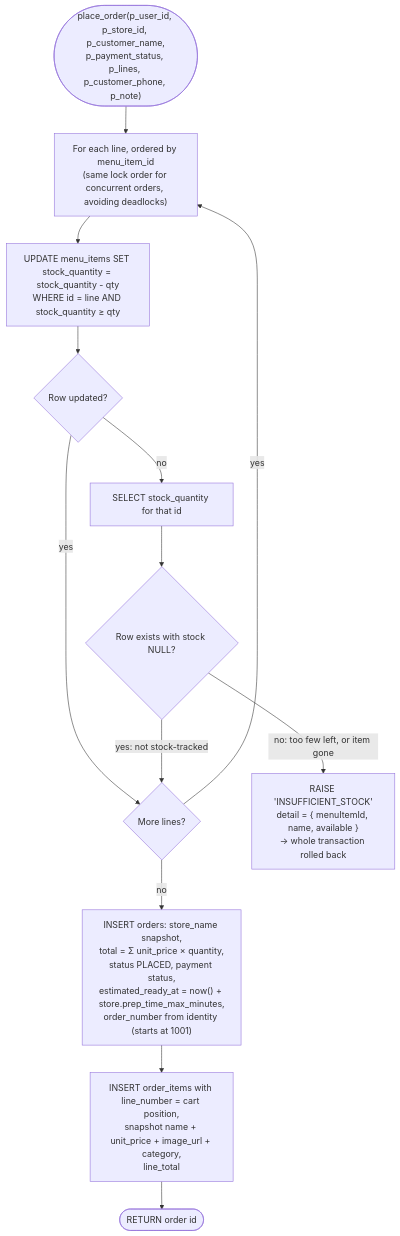
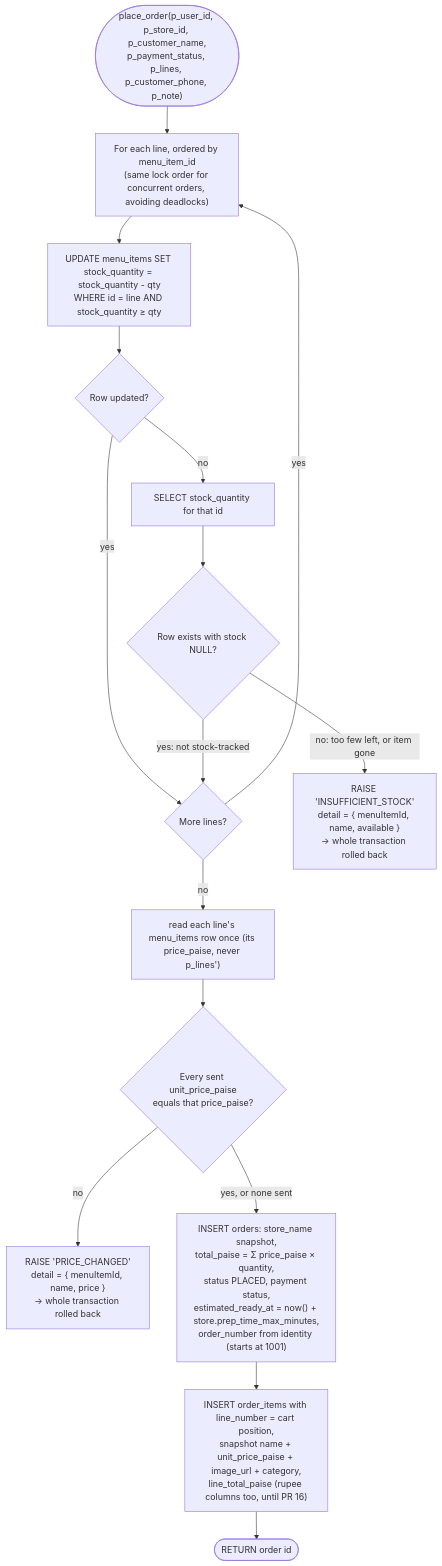
Before and after one commit to The-KhaNha/KhaNha: diagram 13 of 28 in docs/ARCHITECTURE.md, drawn with Mermaid. The commit also changed other lines of this file and 26 other files, not shown here.

First line of the commit message:
Money in paise (expand): prices and totals are stored in paise; the API still speaks whole rupees

````diff
--- a/docs/ARCHITECTURE.md
+++ b/docs/ARCHITECTURE.md
@@ -564,15 +567,18 @@
 ```mermaid
 flowchart TD
   Start(["place_order(p_user_id, p_store_id, p_customer_name,<br/>p_payment_status, p_lines, p_customer_phone, p_note)"]) --> Loop["For each line, ordered by menu_item_id<br/>(same lock order for concurrent orders, avoiding deadlocks)"]
   Loop --> Dec["UPDATE menu_items SET stock_quantity = stock_quantity - qty<br/>WHERE id = line AND stock_quantity ≥ qty"]
   Dec --> Found{"Row updated?"}
   Found -->|"yes"| Next{"More lines?"}
   Found -->|"no"| Look["SELECT stock_quantity for that id"]
   Look --> Why{"Row exists with stock NULL?"}
   Why -->|"yes: not stock-tracked"| Next
   Why -->|"no: too few left, or item gone"| Raise["RAISE 'INSUFFICIENT_STOCK'<br/>detail = { menuItemId, name, available }<br/>→ whole transaction rolled back"]
   Next -->|"yes"| Loop
-  Next -->|"no"| InsOrder["INSERT orders: store_name snapshot,<br/>total = Σ unit_price × quantity,<br/>status PLACED, payment status,<br/>estimated_ready_at = now() + store.prep_time_max_minutes,<br/>order_number from identity (starts at 1001)"]
-  InsOrder --> InsItems["INSERT order_items with line_number = cart position,<br/>snapshot name + unit_price + image_url + category,<br/>line_total"]
+  Next -->|"no"| Read["read each line's menu_items row once (its price_paise, never p_lines')"]
+  Read --> Same{"Every sent unit_price_paise<br/>equals that price_paise?"}
+  Same -->|"no"| RaisePrice["RAISE 'PRICE_CHANGED'<br/>detail = { menuItemId, name, price }<br/>→ whole transaction rolled back"]
+  Same -->|"yes, or none sent"| InsOrder["INSERT orders: store_name snapshot,<br/>total_paise = Σ price_paise × quantity,<br/>status PLACED, payment status,<br/>estimated_ready_at = now() + store.prep_time_max_minutes,<br/>order_number from identity (starts at 1001)"]
+  InsOrder --> InsItems["INSERT order_items with line_number = cart position,<br/>snapshot name + unit_price_paise + image_url + category,<br/>line_total_paise (rupee columns too, until PR 16)"]
   InsItems --> Ret(["RETURN order id"])
 ```
````
